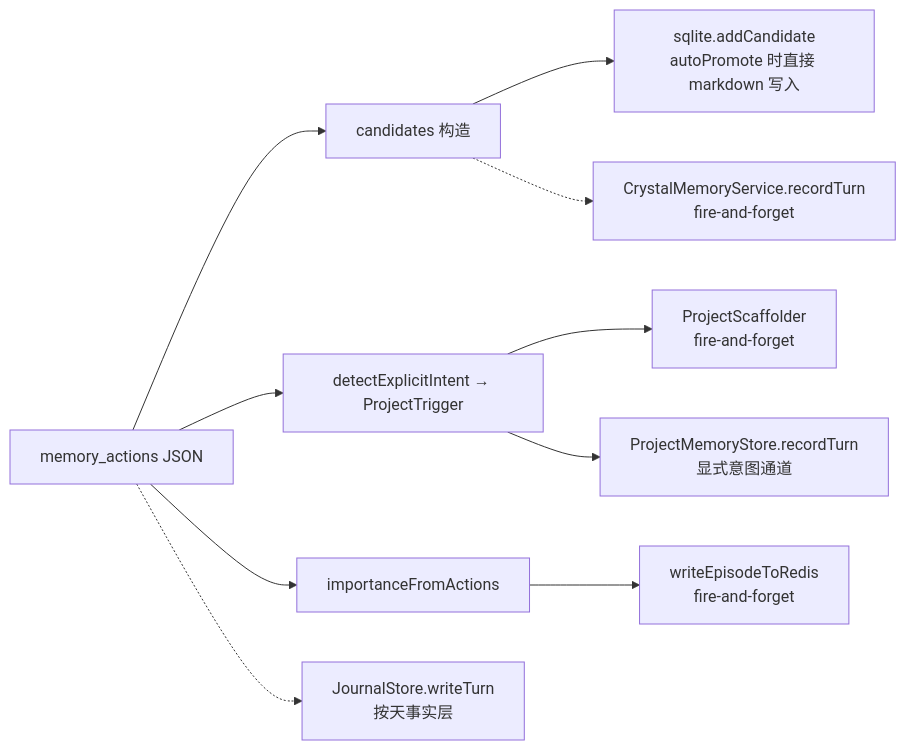
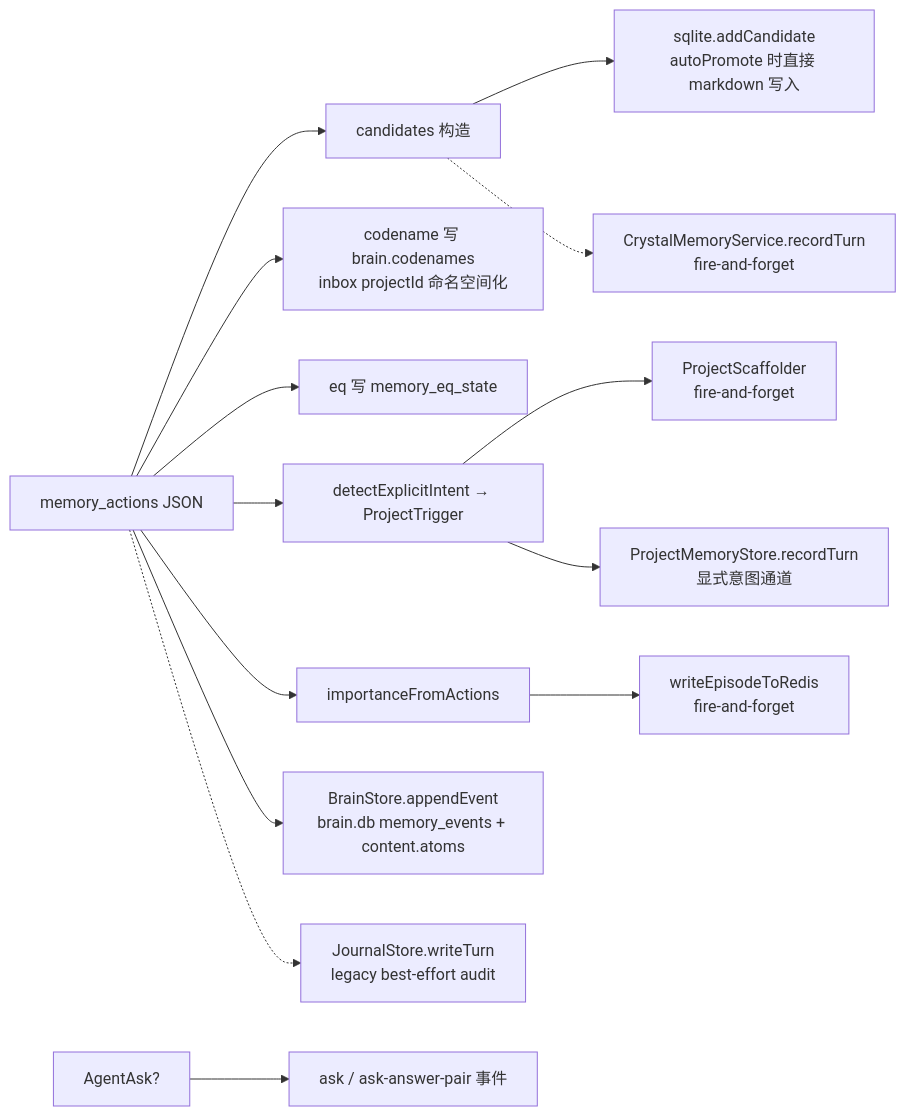
One commit to flyflor/flyflor changed the fifth of 5 diagrams in docs/runtime.turn.md. Above: the diagram before and after it, drawn with Mermaid. The commit also changed other lines of this file and 68 other files, not shown here.

Commit message:
feat(memory): close summary embedding and brain archive rollout

````diff
--- a/docs/runtime.turn.md
+++ b/docs/runtime.turn.md
@@ -179,12 +189,16 @@
 ```mermaid
 flowchart LR
     Action[memory_actions JSON] --> Cand[candidates 构造]
+    Action --> Codename[codename 写 brain.codenames<br/>inbox projectId 命名空间化]
+    Action --> Eq[eq 写 memory_eq_state]
     Action --> Trig[detectExplicitIntent → ProjectTrigger]
     Action --> Imp[importanceFromActions]
+    Ask[AgentAsk?] --> BrainAsk[ask / ask-answer-pair 事件]
     Imp --> RedisEp[writeEpisodeToRedis<br/>fire-and-forget]
     Trig --> ScaffoldP[ProjectScaffolder<br/>fire-and-forget]
     Cand --> SqliteCand[sqlite.addCandidate<br/>autoPromote 时直接 markdown 写入]
     Trig --> ProjectMem[ProjectMemoryStore.recordTurn<br/>显式意图通道]
-    Action -.-> JournalRec[JournalStore.writeTurn<br/>按天事实层]
+    Action --> BrainEvent[BrainStore.appendEvent<br/>brain.db memory_events + content.atoms]
+    Action -.-> JournalRec[JournalStore.writeTurn<br/>legacy best-effort audit]
     Cand -.-> CrystalAsync[CrystalMemoryService.recordTurn<br/>fire-and-forget]
 ```
````
